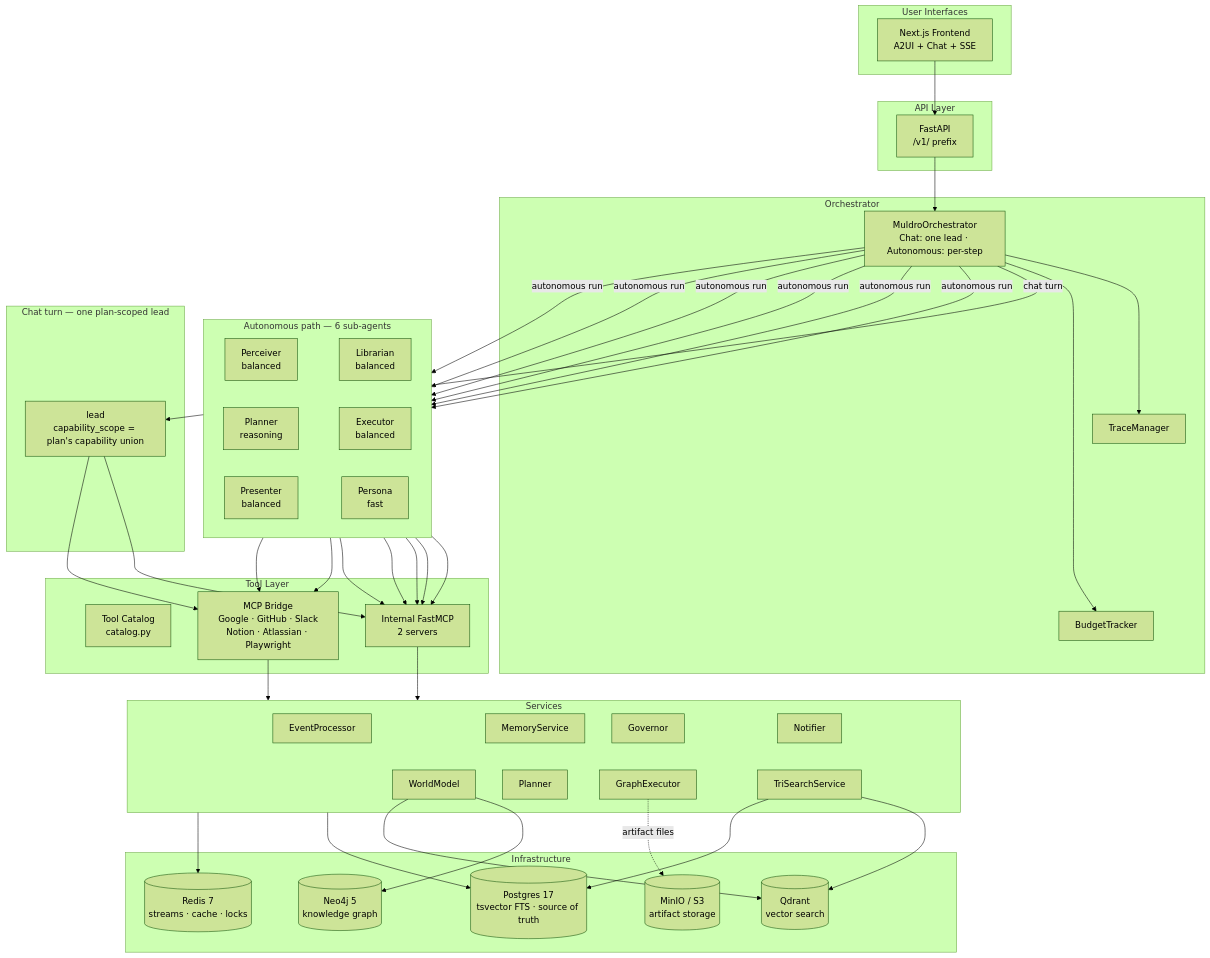
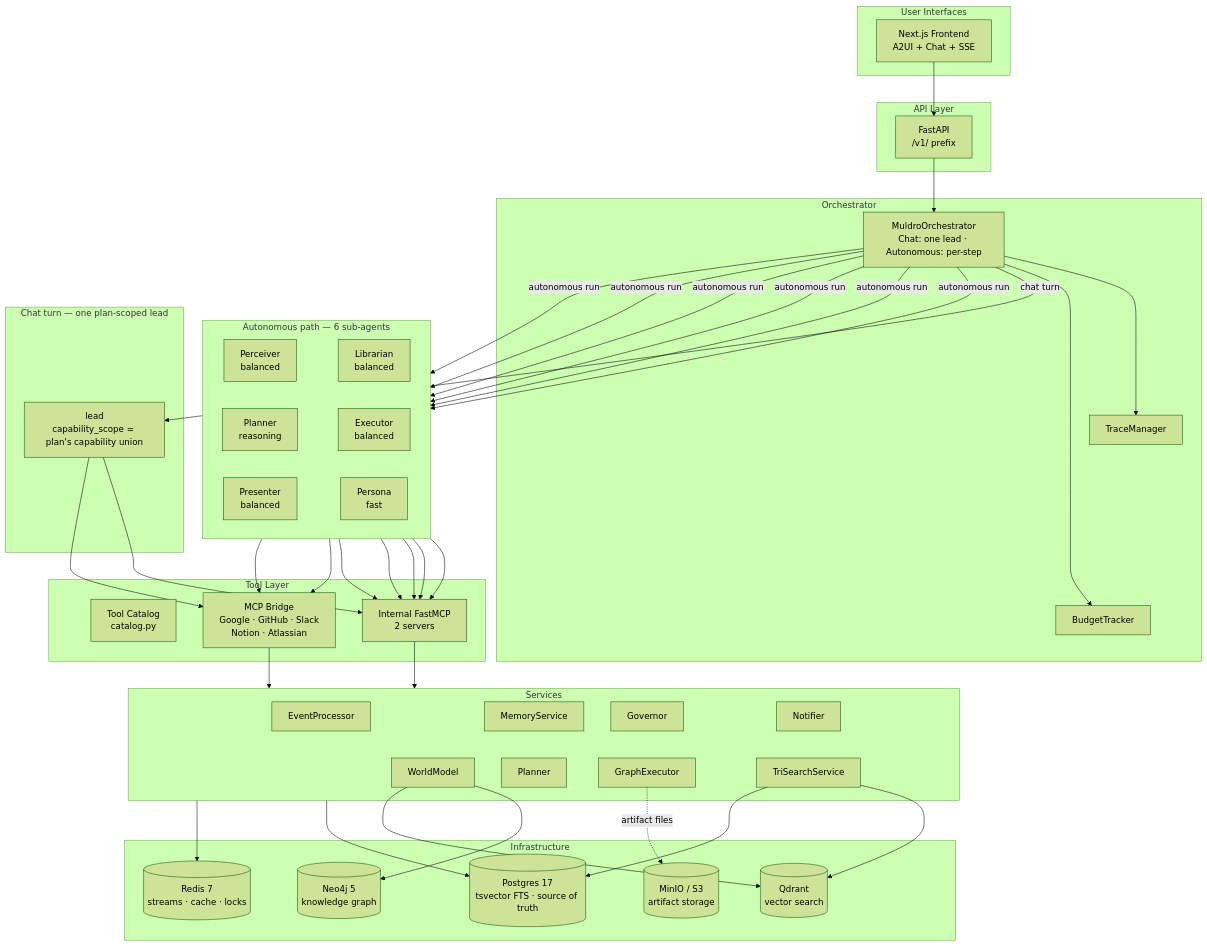
Before and after one commit to shivadharmi/muldro: the diagram in README.md, drawn with Mermaid (forest theme). The commit also changed 42 other files, not shown here.

````diff
--- a/README.md
+++ b/README.md
@@ -13,62 +13,62 @@
 ```mermaid
 graph TB
     subgraph UI["User Interfaces"]
         WEB[Next.js Frontend<br/>A2UI + Chat + SSE]
     end
 
     subgraph API["API Layer"]
         FA[FastAPI<br/>/v1/ prefix]
     end
 
     subgraph ORCH["Orchestrator"]
         JO[MuldroOrchestrator<br/>Chat: one lead · Autonomous: per-step]
         TR[TraceManager] ~~~ BU[BudgetTracker]
     end
 
     subgraph LEAD["Chat turn — one plan-scoped lead"]
         LD["lead<br/>capability_scope = plan's capability union"]
     end
 
     subgraph AGENTS["Autonomous path — 6 sub-agents"]
         direction LR
         PCV[Perceiver<br/>balanced] ~~~ LIB[Librarian<br/>balanced]
         PLN[Planner<br/>reasoning] ~~~ EXE[Executor<br/>balanced]
         PRS[Presenter<br/>balanced] ~~~ PER[Persona<br/>fast]
     end
 
     subgraph TOOLS["Tool Layer"]
         CAT[Tool Catalog<br/>catalog.py]
         INT[Internal FastMCP<br/>2 servers]
-        MCP[MCP Bridge<br/>Google · GitHub · Slack<br/>Notion · Atlassian · Playwright]
+        MCP[MCP Bridge<br/>Google · GitHub · Slack<br/>Notion · Atlassian]
     end
 
     subgraph SVC["Services"]
         EP[EventProcessor] ~~~ WM[WorldModel]
         MS[MemoryService] ~~~ PL[Planner]
         GV[Governor] ~~~ GE[GraphExecutor]
         NT[Notifier] ~~~ TS[TriSearchService]
     end
 
     subgraph INFRA["Infrastructure"]
         PG[(Postgres 17<br/>tsvector FTS · source of truth)]
         RD[(Redis 7<br/>streams · cache · locks)]
         QD[(Qdrant<br/>vector search)]
         N4J[(Neo4j 5<br/>knowledge graph)]
         S3[(MinIO / S3<br/>artifact storage)]
     end
 
     WEB --> FA
     FA --> JO
     JO --> TR & BU
     JO -->|chat turn| LD
     JO -->|autonomous run| PCV & LIB & PLN & EXE & PRS & PER
     LD --> INT & MCP
     PCV & LIB & PLN & EXE & PRS --> INT
     EXE & PCV --> MCP
     INT --> SVC
     MCP --> SVC
     SVC --> PG & RD
     TS --> QD & PG
     WM --> N4J & QD
     GE -.->|artifact files| S3
 ```
````
